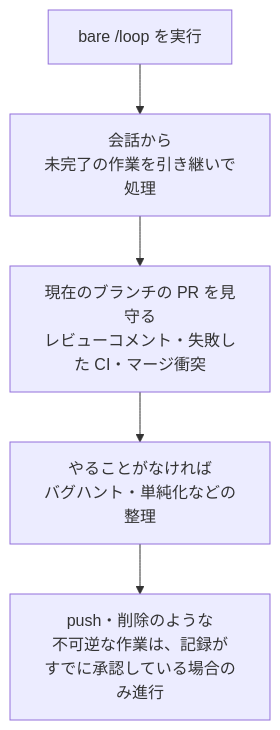
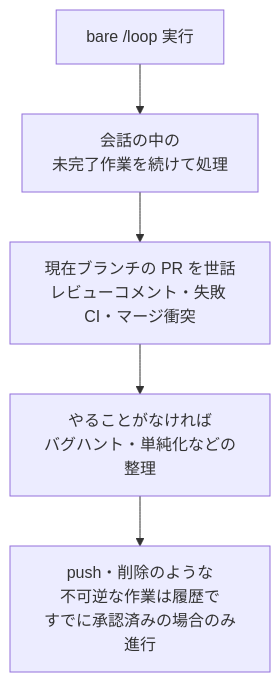
One commit to modu-ai/moai-adk changed the diagram in docs-site/content/ja/claude-code/agentic/scheduled-tasks.md. Above: the diagram before and after it, drawn with Mermaid. The commit also changed other lines of this file and 395 other files, not shown here.

````diff
--- a/docs-site/content/ja/claude-code/agentic/scheduled-tasks.md
+++ b/docs-site/content/ja/claude-code/agentic/scheduled-tasks.md
@@ -71,7 +80,7 @@
 ```mermaid
 flowchart TD
-    A["bare /loop を実行"] --> B["会話から<br>未完了の作業を引き継いで処理"]
-    B --> C["現在のブランチの PR を見守る<br>レビューコメント・失敗した CI・マージ衝突"]
+    A["bare /loop 実行"] --> B["会話の中の<br>未完了作業を続けて処理"]
+    B --> C["現在ブランチの PR を世話<br>レビューコメント・失敗 CI・マージ衝突"]
     C --> D["やることがなければ<br>バグハント・単純化などの整理"]
-    D --> E["push・削除のような<br>不可逆な作業は、記録が<br>すでに承認している場合のみ進行"]
+    D --> E["push・削除のような<br>不可逆な作業は履歴で<br>すでに承認済みの場合のみ進行"]
 ```
````
